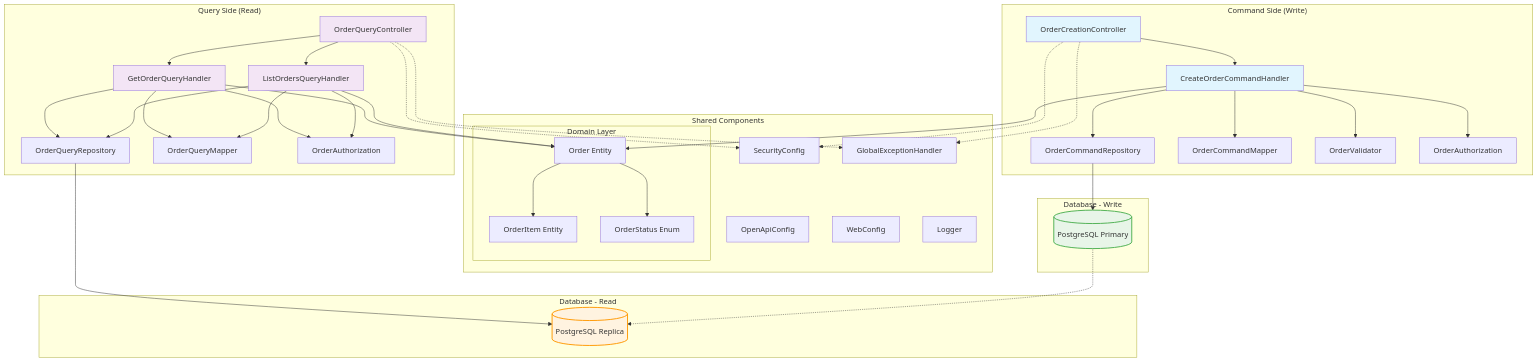
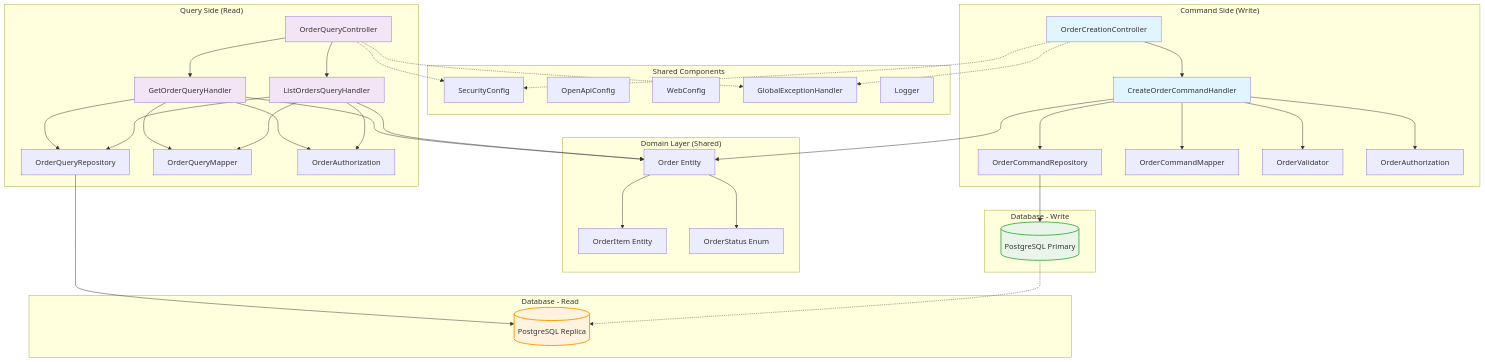
One commit to heandroro/java-spring-boot-cqrs changed the second of 11 diagrams in README.md. Above: the diagram before and after it, drawn with Mermaid. The commit also changed other lines of this file and 2 other files, not shown here.

Commit message:
docs(cqrs): improve package structure and fix mermaid diagrams

````diff
--- a/README.md
+++ b/README.md
@@ -515,79 +515,80 @@
 ```mermaid
 flowchart TD
+    subgraph "Domain Layer (Shared)"
+        O[Order Entity]
+        OI[OrderItem Entity]
+        OS[OrderStatus Enum]
+    end
+
     subgraph "Shared Components"
-        subgraph "Domain Layer"
-            O[Order Entity]
-            OI[OrderItem Entity]
-            OS[OrderStatus Enum]
-        end
         SC[SecurityConfig]
         OC[OpenApiConfig]
         WC[WebConfig]
         GEH[GlobalExceptionHandler]
         L[Logger]
     end
 
     subgraph "Command Side (Write)"
         CC[OrderCreationController]
         CH[CreateOrderCommandHandler]
         CR[OrderCommandRepository]
         CM[OrderCommandMapper]
         CV[OrderValidator]
         CA[OrderAuthorization]
     end
 
     subgraph "Query Side (Read)"
         QC[OrderQueryController]
         QH1[GetOrderQueryHandler]
         QH2[ListOrdersQueryHandler]
         QR[OrderQueryRepository]
         QM[OrderQueryMapper]
         QA[OrderAuthorization]
     end
 
     CC --> CH
     CH --> CR
     CH --> CM
     CH --> CV
     CH --> CA
 
     QC --> QH1
     QC --> QH2
     QH1 --> QR
     QH2 --> QR
     QH1 --> QM
     QH2 --> QM
     QH1 --> QA
     QH2 --> QA
 
     CH --> O
     QH1 --> O
     QH2 --> O
     O --> OI
     O --> OS
 
     CC -.-> SC
     QC -.-> SC
     CC -.-> GEH
     QC -.-> GEH
 
     subgraph "Database - Write"
         DBP[(PostgreSQL Primary)]
     end
 
     subgraph "Database - Read"
         DBR[(PostgreSQL Replica)]
     end
 
     CR --> DBP
     QR --> DBR
     DBP -.-> DBR
 
     style CC fill:#e1f5fe
     style CH fill:#e1f5fe
     style QC fill:#f3e5f5
     style QH1 fill:#f3e5f5
     style QH2 fill:#f3e5f5
     style DBP fill:#e8f5e8,stroke:#4caf50,stroke-width:2px
     style DBR fill:#fff3e0,stroke:#ff9800,stroke-width:2px
 ```
````
